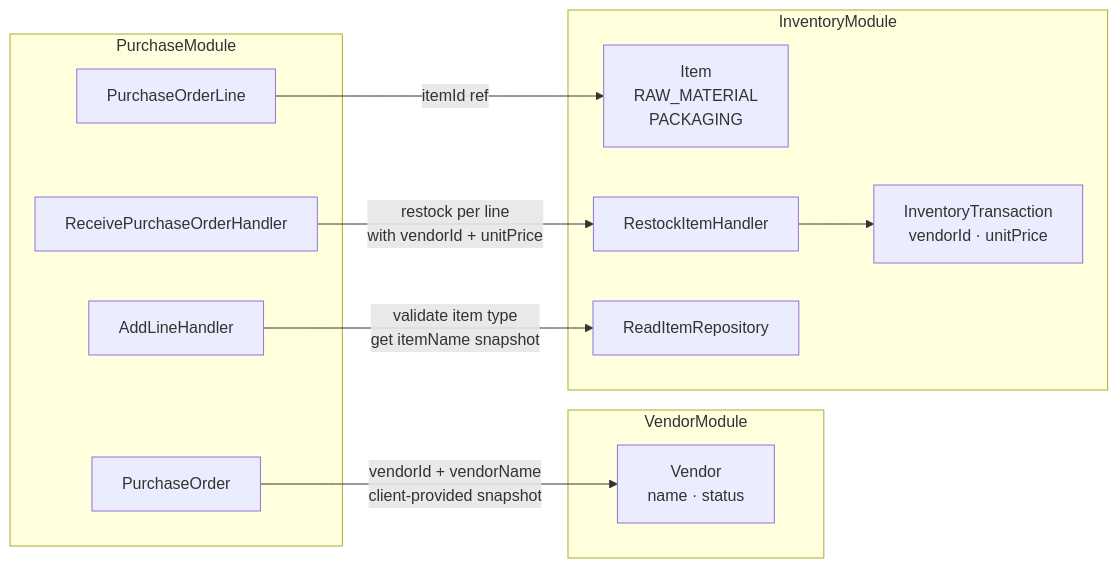
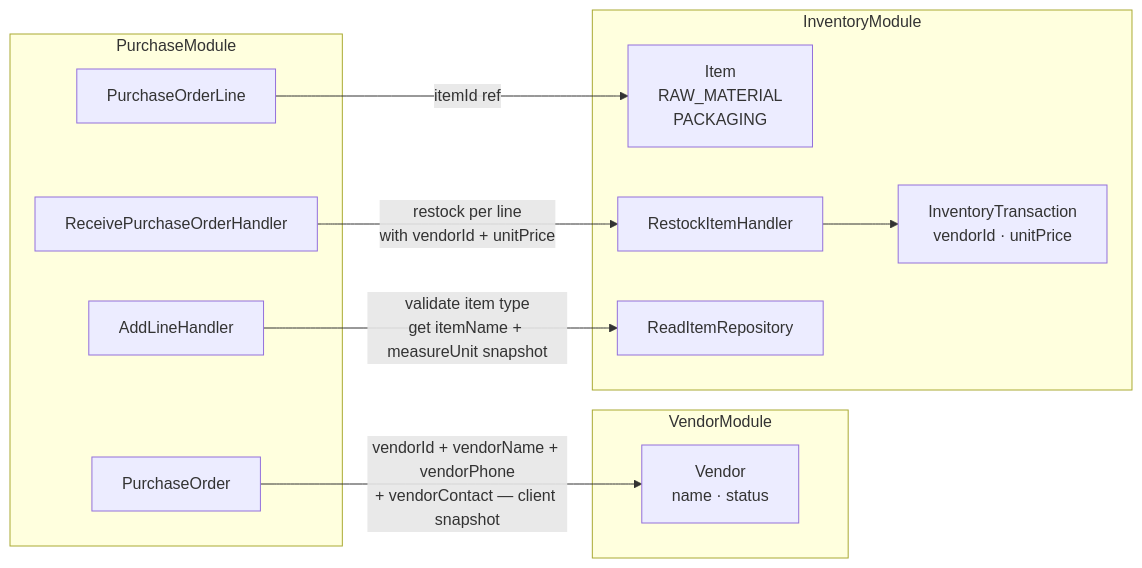
Before and after one commit to stap20/sakura-erp-backend: the fifth of 5 diagrams in src/modules/purchase/PURCHASE_MODULE_DISCUSSION.md, drawn with Mermaid. The commit also changed other lines of this file, not shown here.

````diff
--- a/src/modules/purchase/PURCHASE_MODULE_DISCUSSION.md
+++ b/src/modules/purchase/PURCHASE_MODULE_DISCUSSION.md
@@ -172,27 +176,27 @@
 ```mermaid
 graph LR
     subgraph VendorModule
         VEN[Vendor\nname · status]
     end
 
     subgraph InventoryModule
         INV_ITEM[Item\nRAW_MATERIAL\nPACKAGING]
         INV_RESTOCK[RestockItemHandler]
         INV_READ[ReadItemRepository]
         INV_TX[InventoryTransaction\nvendorId · unitPrice]
     end
 
     subgraph PurchaseModule
         PO[PurchaseOrder]
         POL[PurchaseOrderLine]
         ADD[AddLineHandler]
         RECV[ReceivePurchaseOrderHandler]
     end
 
-    PO -->|vendorId + vendorName\nclient-provided snapshot| VEN
+    PO -->|vendorId + vendorName + vendorPhone\n+ vendorContact — client snapshot| VEN
     POL -->|itemId ref| INV_ITEM
 
-    ADD -->|validate item type\nget itemName snapshot| INV_READ
+    ADD -->|validate item type\nget itemName + measureUnit snapshot| INV_READ
     RECV -->|restock per line\nwith vendorId + unitPrice| INV_RESTOCK
     INV_RESTOCK --> INV_TX
 ```
````
